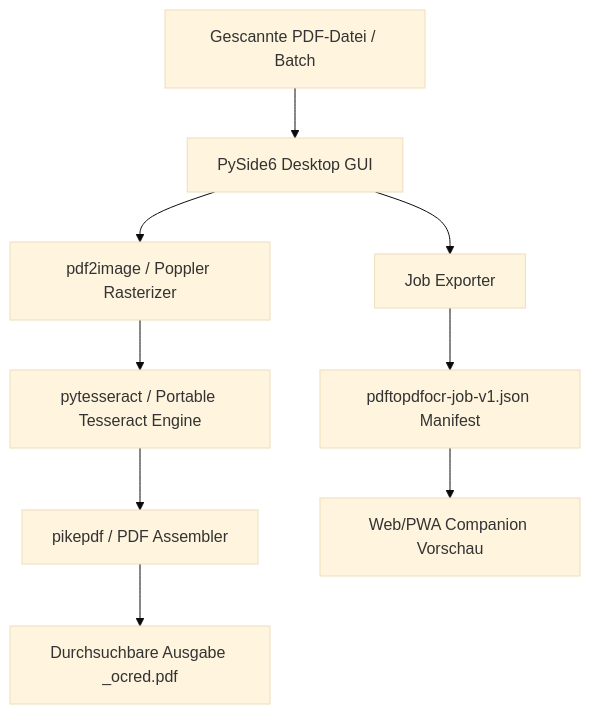
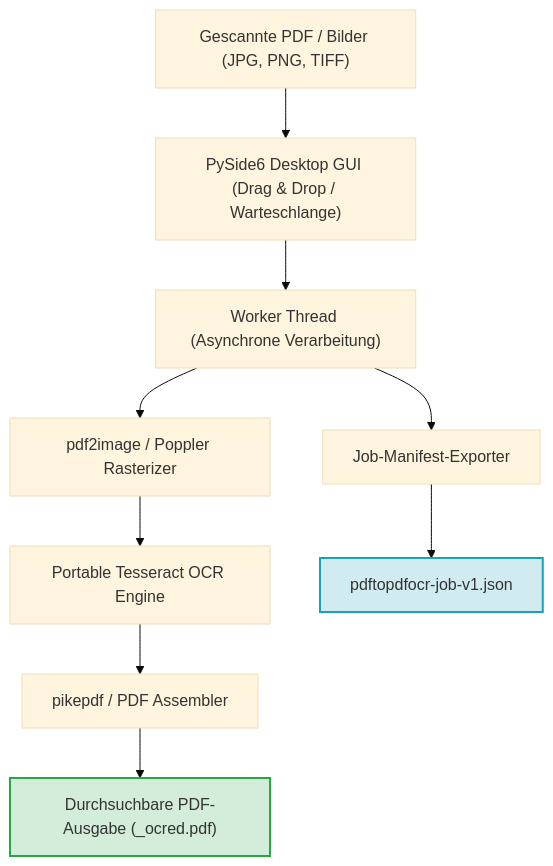
One commit to doc-bricks/PDFtoPDFocr changed the first of 2 diagrams in README_de.md. Above: the diagram before and after it, drawn with Mermaid (base theme). The commit also changed other lines of this file and 5 other files, not shown here.

````diff
--- a/README_de.md
+++ b/README_de.md
@@ -26,11 +33,13 @@
 ```mermaid
 graph TD
-    A[Gescannte PDF-Datei / Batch] --> B[PySide6 Desktop GUI]
-    B --> C[pdf2image / Poppler Rasterizer]
-    C --> D[pytesseract / Portable Tesseract Engine]
-    D --> E[pikepdf / PDF Assembler]
-    E --> F[Durchsuchbare Ausgabe _ocred.pdf]
-    B --> G[Job Exporter]
-    G --> H[pdftopdfocr-job-v1.json Manifest]
-    H --> I[Web/PWA Companion Vorschau]
+    A["Gescannte PDF / Bilder (JPG, PNG, TIFF)"] --> B["PySide6 Desktop GUI (Drag & Drop / Warteschlange)"]
+    B --> C["Worker Thread (Asynchrone Verarbeitung)"]
+    C --> D["pdf2image / Poppler Rasterizer"]
+    D --> E["Portable Tesseract OCR Engine"]
+    E --> F["pikepdf / PDF Assembler"]
+    F --> G["Durchsuchbare PDF-Ausgabe (_ocred.pdf)"]
+    C --> H["Job-Manifest-Exporter"]
+    H --> I["pdftopdfocr-job-v1.json"]
+    style G fill:#d4edda,stroke:#28a745,stroke-width:2px
+    style I fill:#d1ecf1,stroke:#17a2b8,stroke-width:2px
 ```
````
